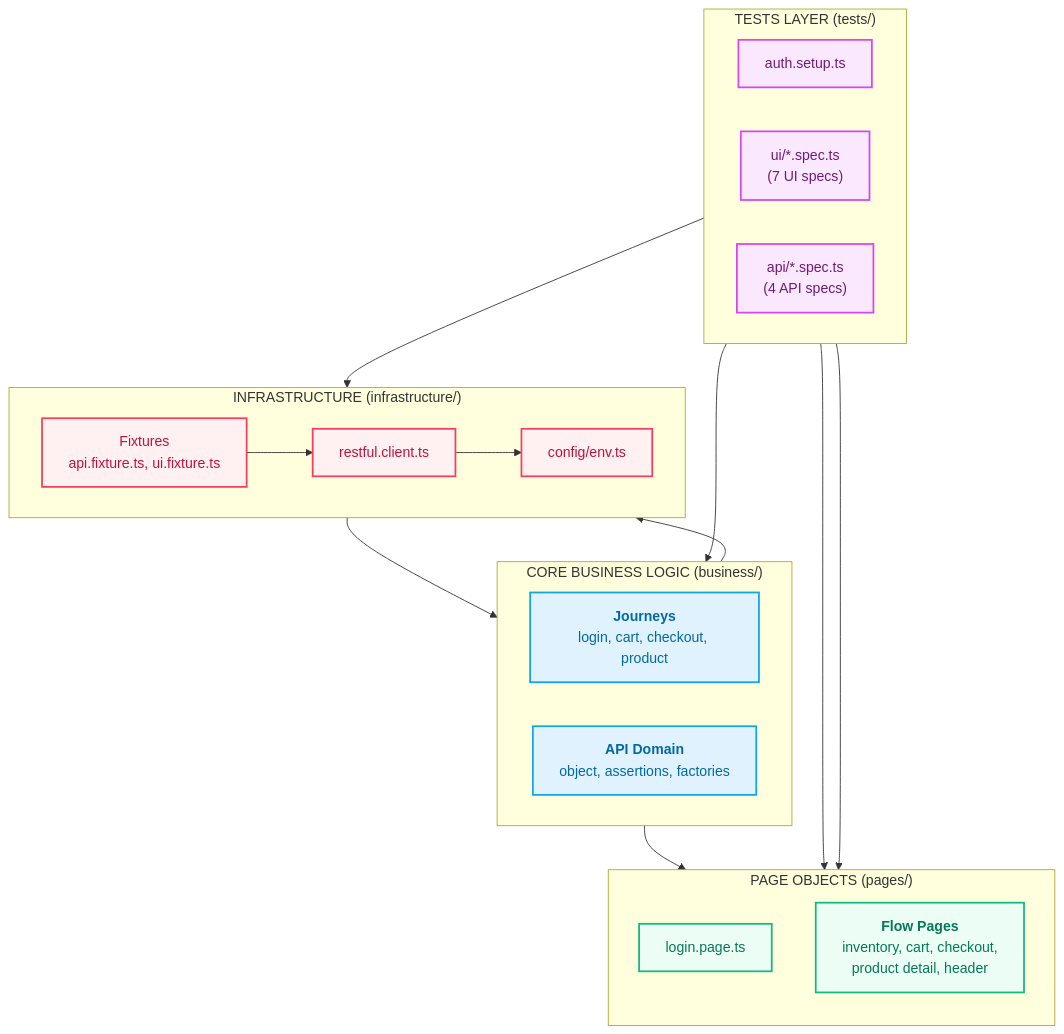
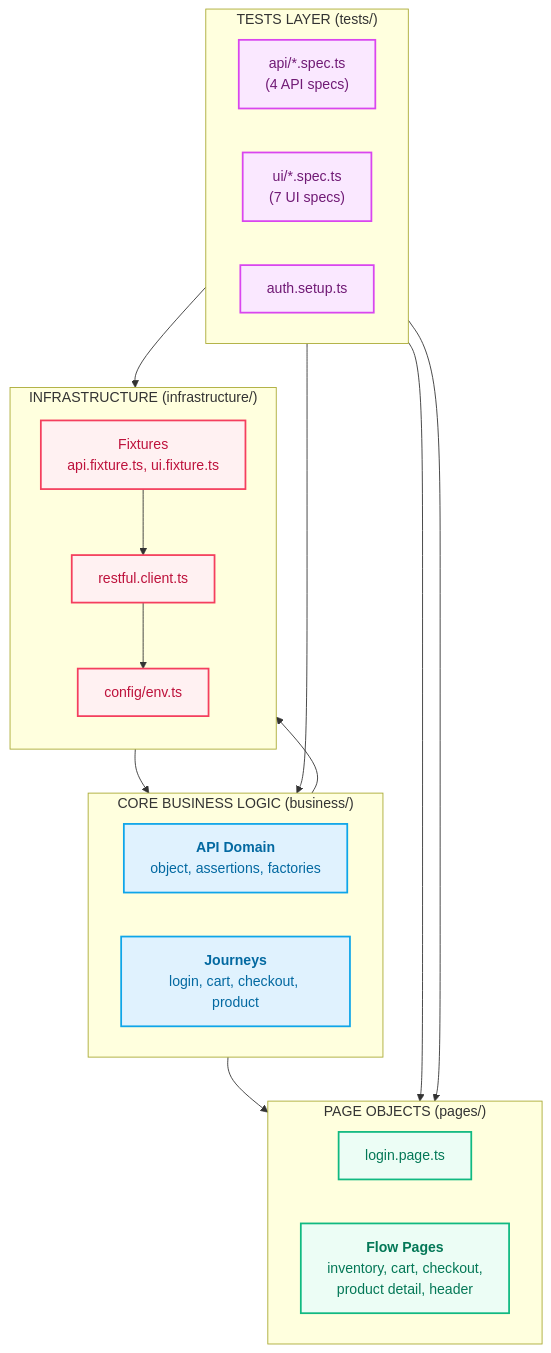
The diagram in README.md (roman-pinchuk/awesome-pw-template), drawn with Mermaid before and after one commit. The commit also changed other lines of this file, not shown here.

Commit message:
docs: optimize readme diagram for github

````diff
--- a/README.md
+++ b/README.md
@@ -17,48 +17,52 @@
 ```mermaid
-flowchart TD
+flowchart TB
     classDef testStyle fill:#fae8ff,stroke:#d946ef,stroke-width:2px,color:#701a75;
     classDef bizStyle fill:#e0f2fe,stroke:#0ea5e9,stroke-width:2px,color:#0369a1;
     classDef pageStyle fill:#ecfdf5,stroke:#10b981,stroke-width:2px,color:#047857;
     classDef infraStyle fill:#fff1f2,stroke:#f43f5e,stroke-width:2px,color:#be123c;
 
     subgraph testSuite["TESTS LAYER (tests/)"]
         direction LR
+        api_specs["api/*.spec.ts<br/>(4 API specs)"]
+        ui_specs["ui/*.spec.ts<br/>(7 UI specs)"]
         auth["auth.setup.ts"]
-        ui_specs["ui/*.spec.ts<br/>(7 UI specs)"]
-        api_specs["api/*.spec.ts<br/>(4 API specs)"]
     end
 
     subgraph domain["CORE BUSINESS LOGIC (business/)"]
         direction LR
+        api_logic["<b>API Domain</b><br/>object, assertions, factories"]
         journeys["<b>Journeys</b><br/>login, cart, checkout, product"]
-        api_logic["<b>API Domain</b><br/>object, assertions, factories"]
     end
 
     subgraph pageLayer["PAGE OBJECTS (pages/)"]
-        direction TB
+        direction LR
         login_p["login.page.ts"]
         pages["<b>Flow Pages</b><br/>inventory, cart, checkout,<br/>product detail, header"]
     end
 
     subgraph infrastructure["INFRASTRUCTURE (infrastructure/)"]
-        direction LR
+        direction TB
         fixtures["Fixtures<br/>api.fixture.ts, ui.fixture.ts"]
         client["restful.client.ts"]
         env["config/env.ts"]
     end
 
-    ui_specs --> journeys
-    ui_specs --> pageLayer
     api_specs --> fixtures
-    auth --> login_p
-    journeys --> pageLayer
-    api_logic --> client
     fixtures --> api_logic
     fixtures --> client
     client --> env
+    api_logic --> client
+    ui_specs --> journeys
+    journeys --> pageLayer
+    ui_specs --> pageLayer
+    auth --> login_p
+
+    testSuite ~~~ infrastructure
+    infrastructure ~~~ domain
+    domain ~~~ pageLayer
 
     class auth,ui_specs,api_specs testStyle;
     class journeys,api_logic bizStyle;
     class login_p,pages pageStyle;
     class fixtures,client,env infraStyle;
 ```
````
